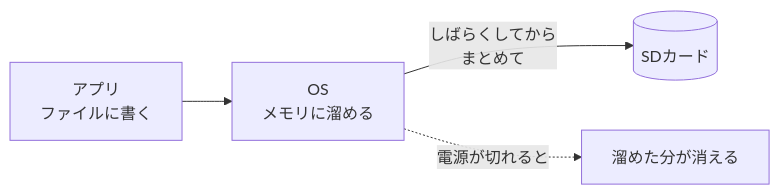
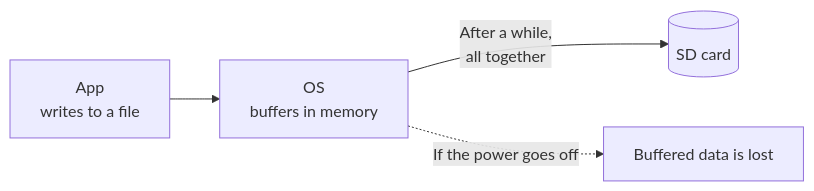
Before and after one commit to kiwamizamurai/gaming: the third of 3 diagrams in articles/18-os.md, drawn with Mermaid. The commit also changed other lines of this file and 46 other files, not shown here.

````diff
--- a/articles/18-os.md
+++ b/articles/18-os.md
@@ -136,6 +136,6 @@
 ```mermaid
 flowchart LR
-    A[アプリ<br>ファイルに書く] --> B[OS<br>メモリに溜める]
-    B -->|しばらくしてから<br>まとめて| C[(SDカード)]
-    B -.電源が切れると.-> X[溜めた分が消える]
+    A[App<br>writes to a file] --> B[OS<br>buffers in memory]
+    B -->|After a while,<br>all together| C[(SD card)]
+    B -.If the power goes off.-> X[Buffered data is lost]
 ```
````
